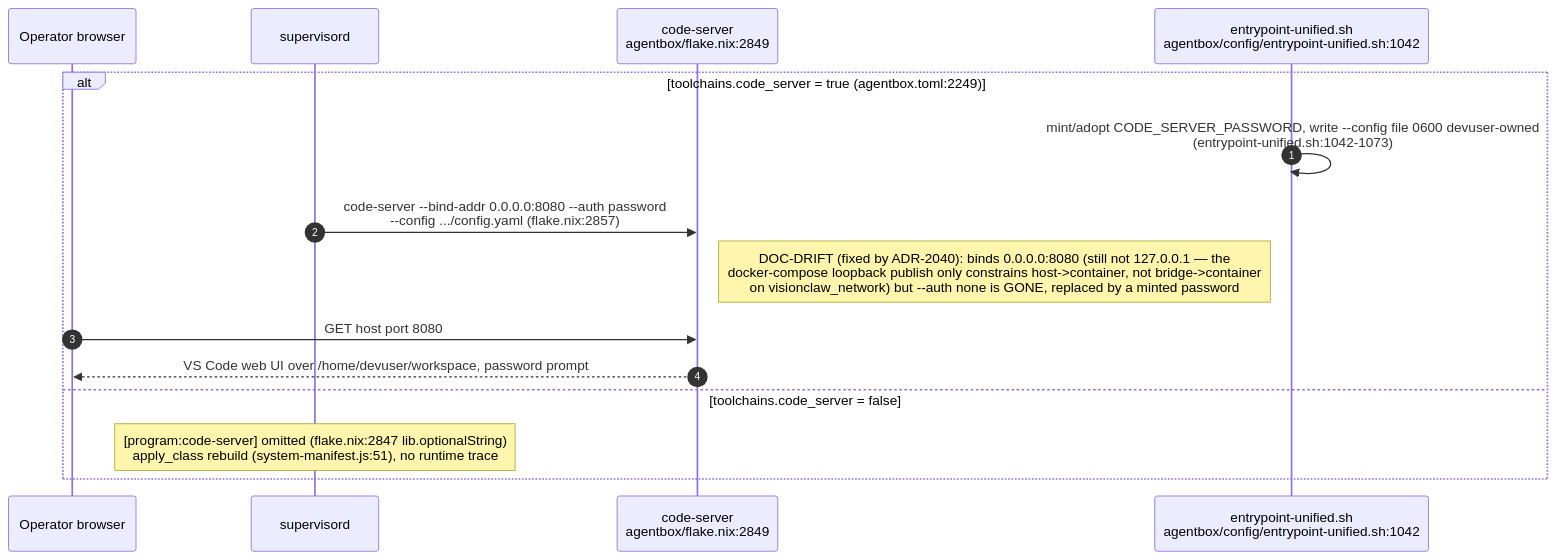
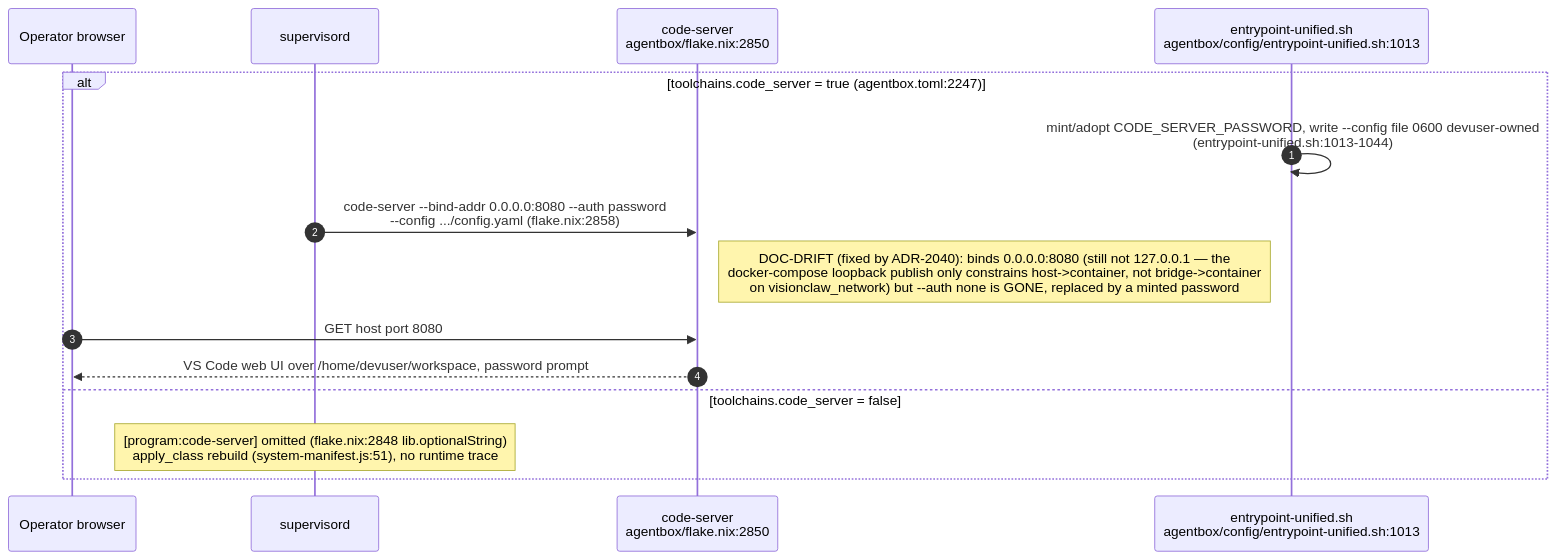
The sixth of 14 diagrams in docs/diagrams/agentbox/27-media-gpu-capability-services.md (DreamLab-AI/VisionFlow), drawn with Mermaid before and after one commit. The commit also changed other lines of this file and 145 other files, not shown here.

````diff
--- a/docs/diagrams/agentbox/27-media-gpu-capability-services.md
+++ b/docs/diagrams/agentbox/27-media-gpu-capability-services.md
@@ -210,18 +211,18 @@
 ```mermaid
 sequenceDiagram
     autonumber
     participant Op as Operator browser
     participant Sup as supervisord
-    participant CS as code-server<br/>agentbox/flake.nix:2849
-    participant Entry as entrypoint-unified.sh<br/>agentbox/config/entrypoint-unified.sh:1042
+    participant CS as code-server<br/>agentbox/flake.nix:2850
+    participant Entry as entrypoint-unified.sh<br/>agentbox/config/entrypoint-unified.sh:1013
 
-    alt toolchains.code_server = true (agentbox.toml:2249)
-        Entry->>Entry: mint/adopt CODE_SERVER_PASSWORD, write --config file 0600 devuser-owned<br/>(entrypoint-unified.sh:1042-1073)
-        Sup->>CS: code-server --bind-addr 0.0.0.0:8080 --auth password<br/>--config .../config.yaml (flake.nix:2857)
+    alt toolchains.code_server = true (agentbox.toml:2247)
+        Entry->>Entry: mint/adopt CODE_SERVER_PASSWORD, write --config file 0600 devuser-owned<br/>(entrypoint-unified.sh:1013-1044)
+        Sup->>CS: code-server --bind-addr 0.0.0.0:8080 --auth password<br/>--config .../config.yaml (flake.nix:2858)
         Note right of CS: DOC-DRIFT (fixed by ADR-2040): binds 0.0.0.0:8080 (still not 127.0.0.1 — the<br/>docker-compose loopback publish only constrains host->container, not bridge->container<br/>on visionclaw_network) but --auth none is GONE, replaced by a minted password
         Op->>CS: GET host port 8080
         CS-->>Op: VS Code web UI over /home/devuser/workspace, password prompt
     else toolchains.code_server = false
-        Note over Sup: [program:code-server] omitted (flake.nix:2847 lib.optionalString)<br/>apply_class rebuild (system-manifest.js:51), no runtime trace
+        Note over Sup: [program:code-server] omitted (flake.nix:2848 lib.optionalString)<br/>apply_class rebuild (system-manifest.js:51), no runtime trace
     end
 ```
````
